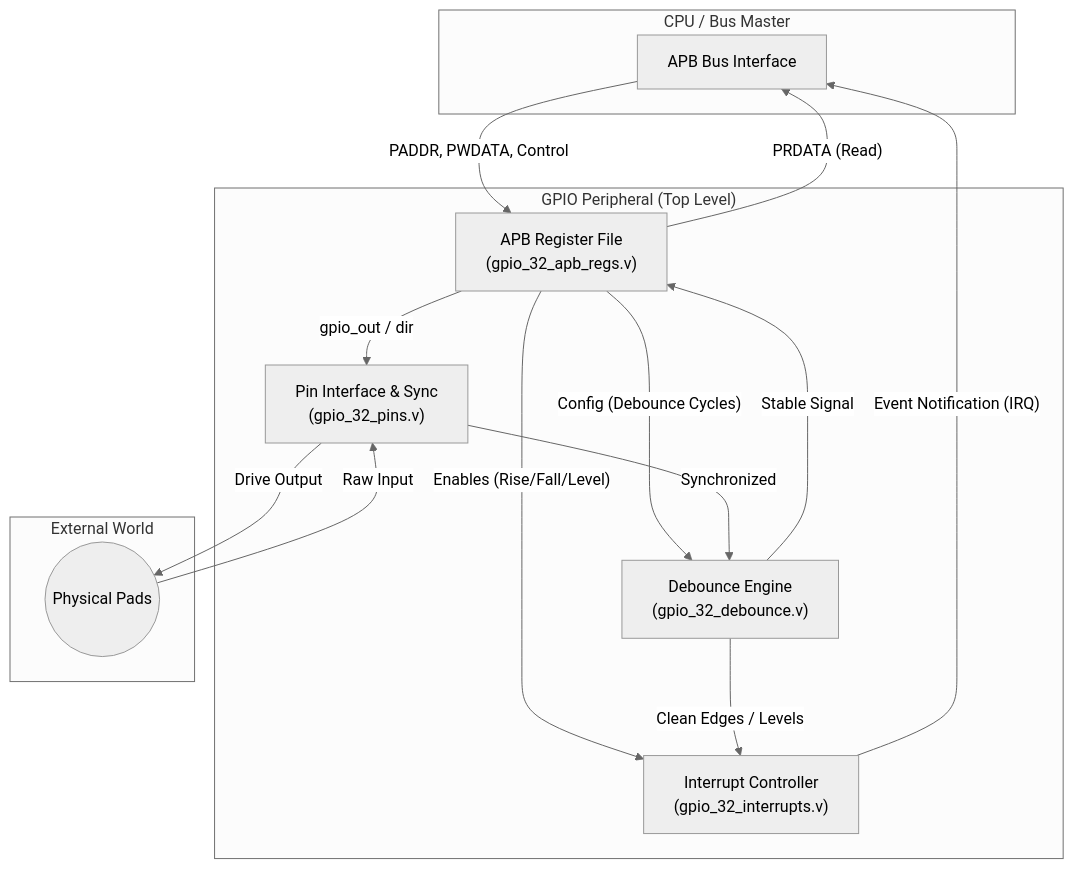
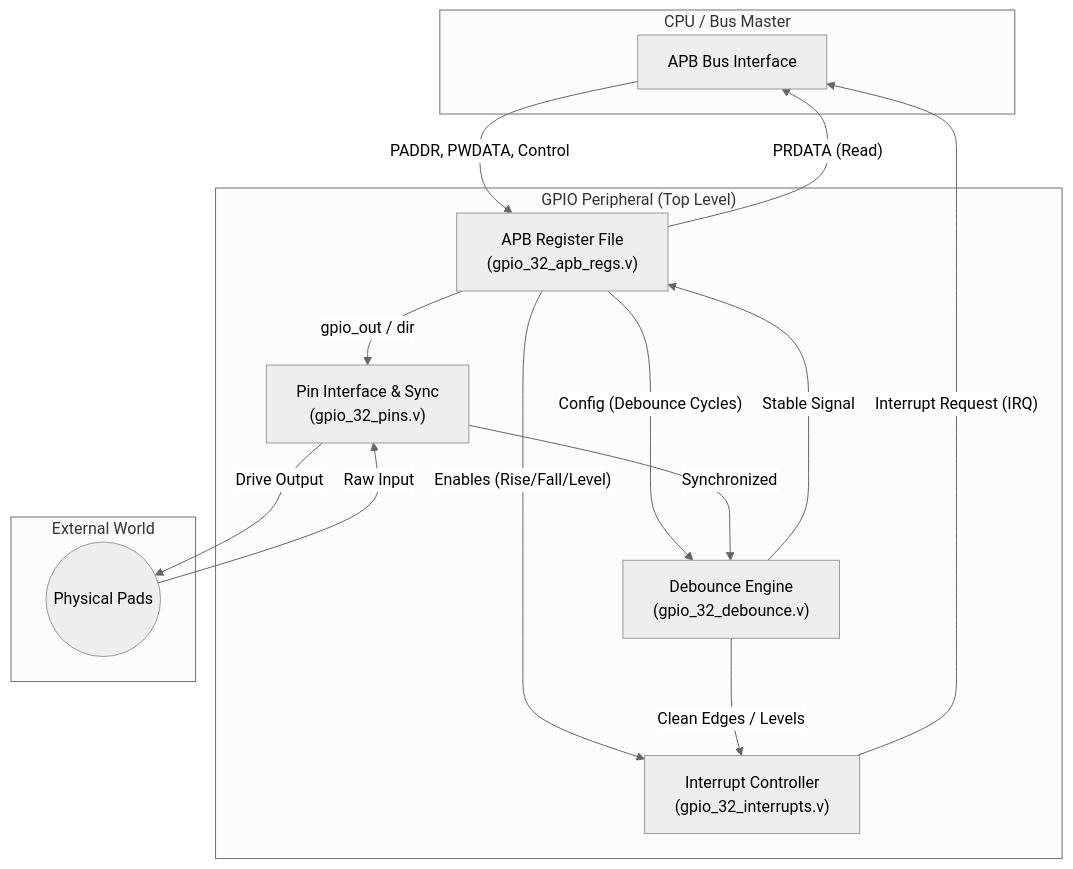
The diagram in README.md (noammalca1/GPIO-Bank--32-bit-with-Debounce-Interrupts), drawn with Mermaid (neutral theme) before and after one commit.

````diff
--- a/README.md
+++ b/README.md
@@ -128,43 +128,43 @@
 ```mermaid
 graph TD
     subgraph "CPU / Bus Master"
     APB[APB Bus Interface]
     end
 
     subgraph "GPIO Peripheral (Top Level)"
     Regs["APB Register File<br/>(gpio_32_apb_regs.v)"]
     IntCtrl["Interrupt Controller<br/>(gpio_32_interrupts.v)"]
     Debounce["Debounce Engine<br/>(gpio_32_debounce.v)"]
     Sync["Pin Interface & Sync<br/>(gpio_32_pins.v)"]
     end
 
     subgraph "External World"
     Pads((Physical Pads))
     end
 
     %% APB Interface
     APB -- "PADDR, PWDATA, Control" --> Regs
     
     %% Internal Logic Flow
     Regs -- "gpio_out / dir" --> Sync
     Regs -- "Config (Debounce Cycles)" --> Debounce
     
     Regs -- "Enables (Rise/Fall/Level)" --> IntCtrl
 
     %% Output to Pads
     Sync -- "Drive Output" --> Pads
 
     %% Input from Pads
     Pads -- "Raw Input" --> Sync
     Sync -- "Synchronized" --> Debounce
     
     %% Split Flows
     Debounce -- "Stable Signal" --> Regs
     Debounce -- "Clean Edges / Levels" --> IntCtrl
 
     %% Returns to CPU
     Regs -- "PRDATA (Read)" --> APB
     
     %% Interrupt Notification
-    IntCtrl -- "Event Notification (IRQ)" --> APB
+    IntCtrl -- "Interrupt Request (IRQ)" --> APB
 ```
````
